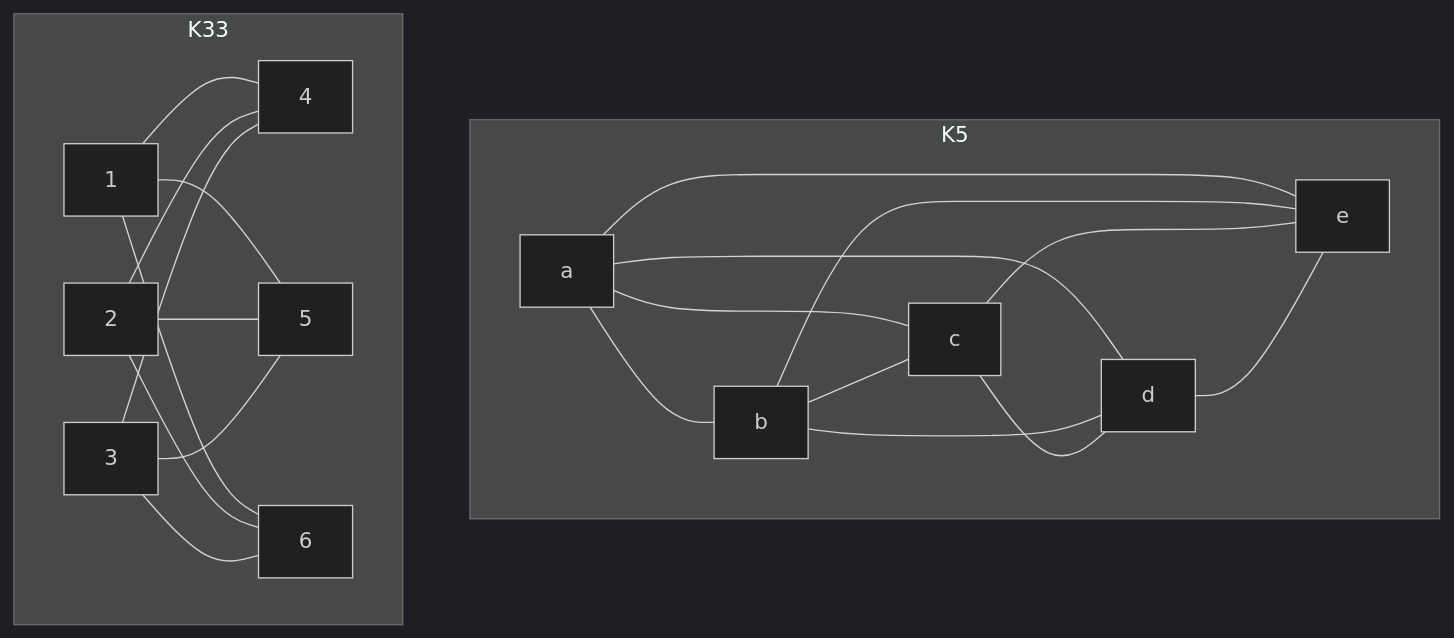
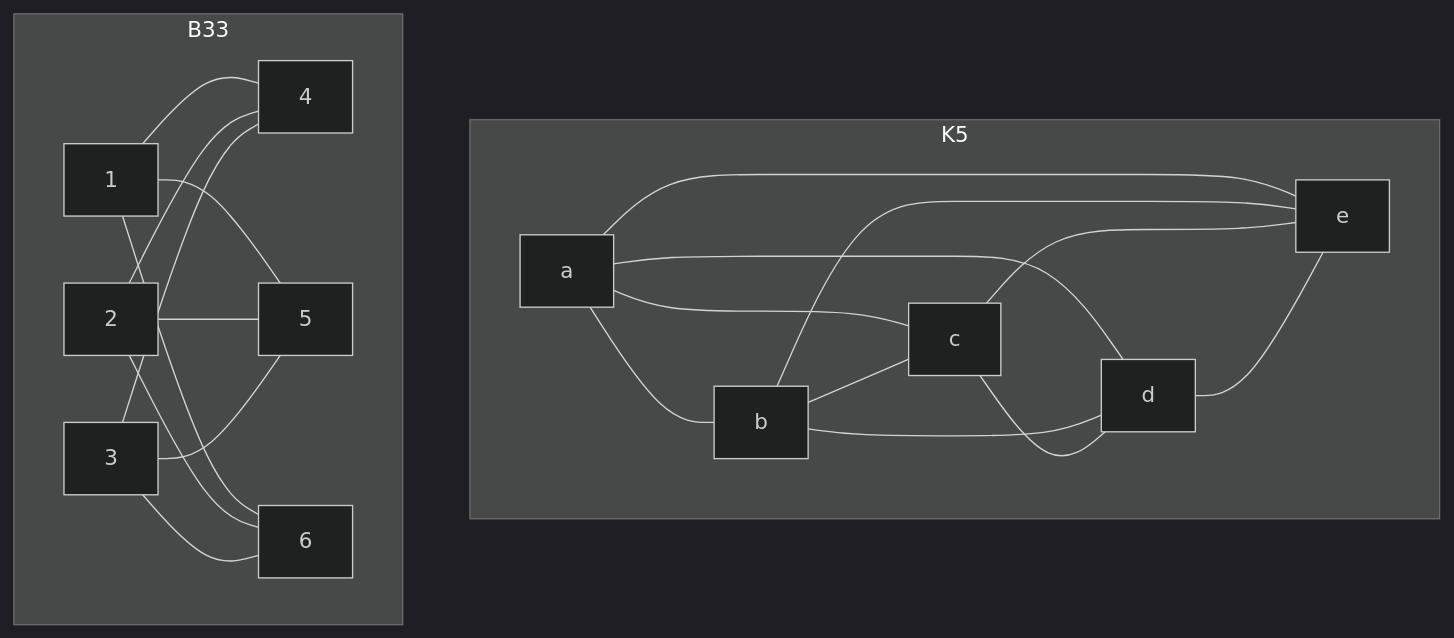
One commit to bweston6/uol-cs-notes changed the second of 2 diagrams in docs/comp324/lectures/_posts/2023-02-02-1.md. Above: the diagram before and after it, drawn with Mermaid (dark theme). The commit also changed other lines of this file, not shown here.

````diff
--- a/docs/comp324/lectures/_posts/2023-02-02-1.md
+++ b/docs/comp324/lectures/_posts/2023-02-02-1.md
@@ -109,27 +121,27 @@
 ```mermaid
 graph TD
 subgraph K5
 a --- b
 a --- c
 b --- c
 a --- d
 b --- d
 c --- d
 a --- e
 b --- e
 c --- e
 d --- e
 end
 
-subgraph K33
+subgraph B33
 1 --- 4
 1 --- 5
 1 --- 6
 2 --- 4
 2 --- 5
 2 --- 6
 3 --- 4
 3 --- 5
 3 --- 6
 end
 ```
````
